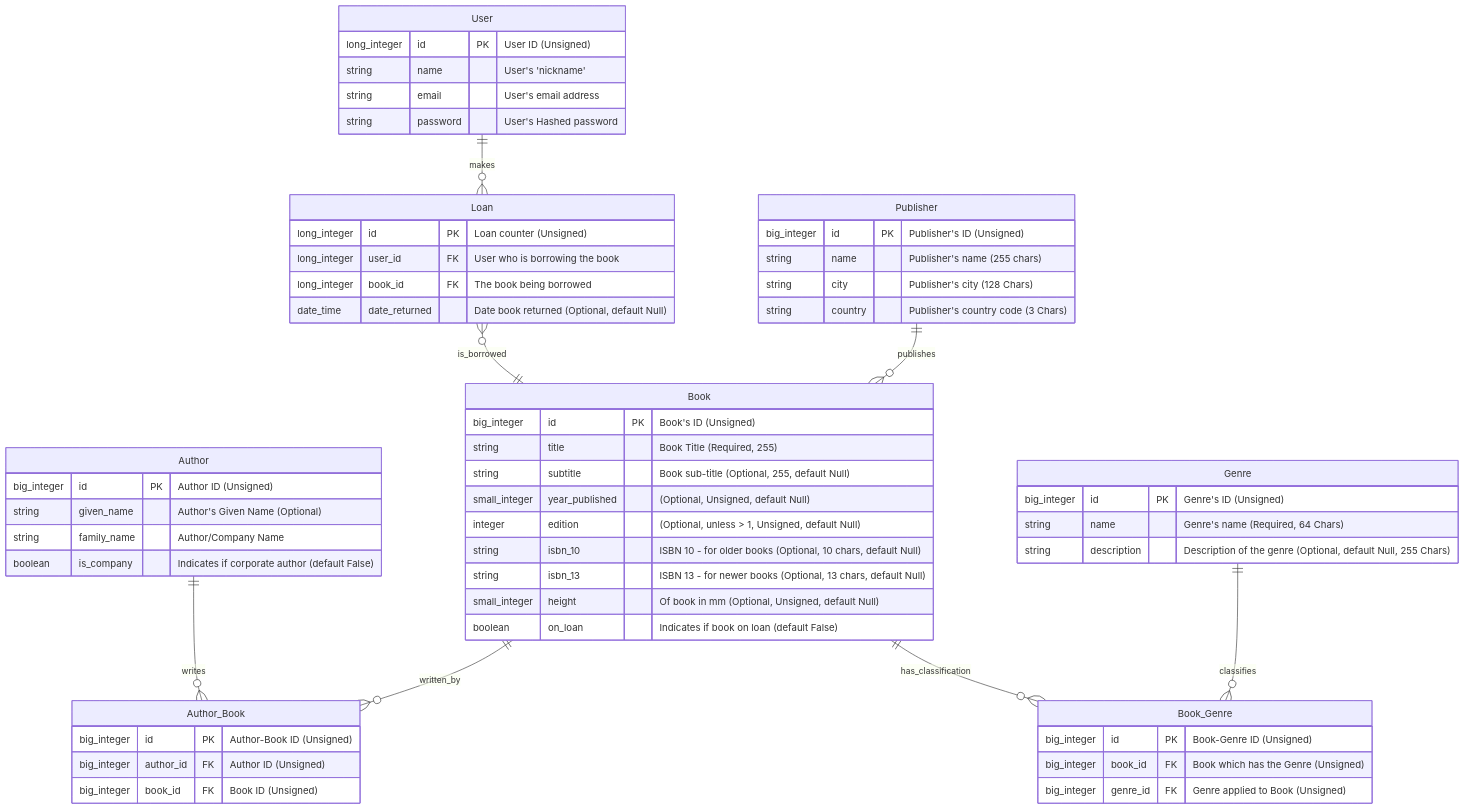
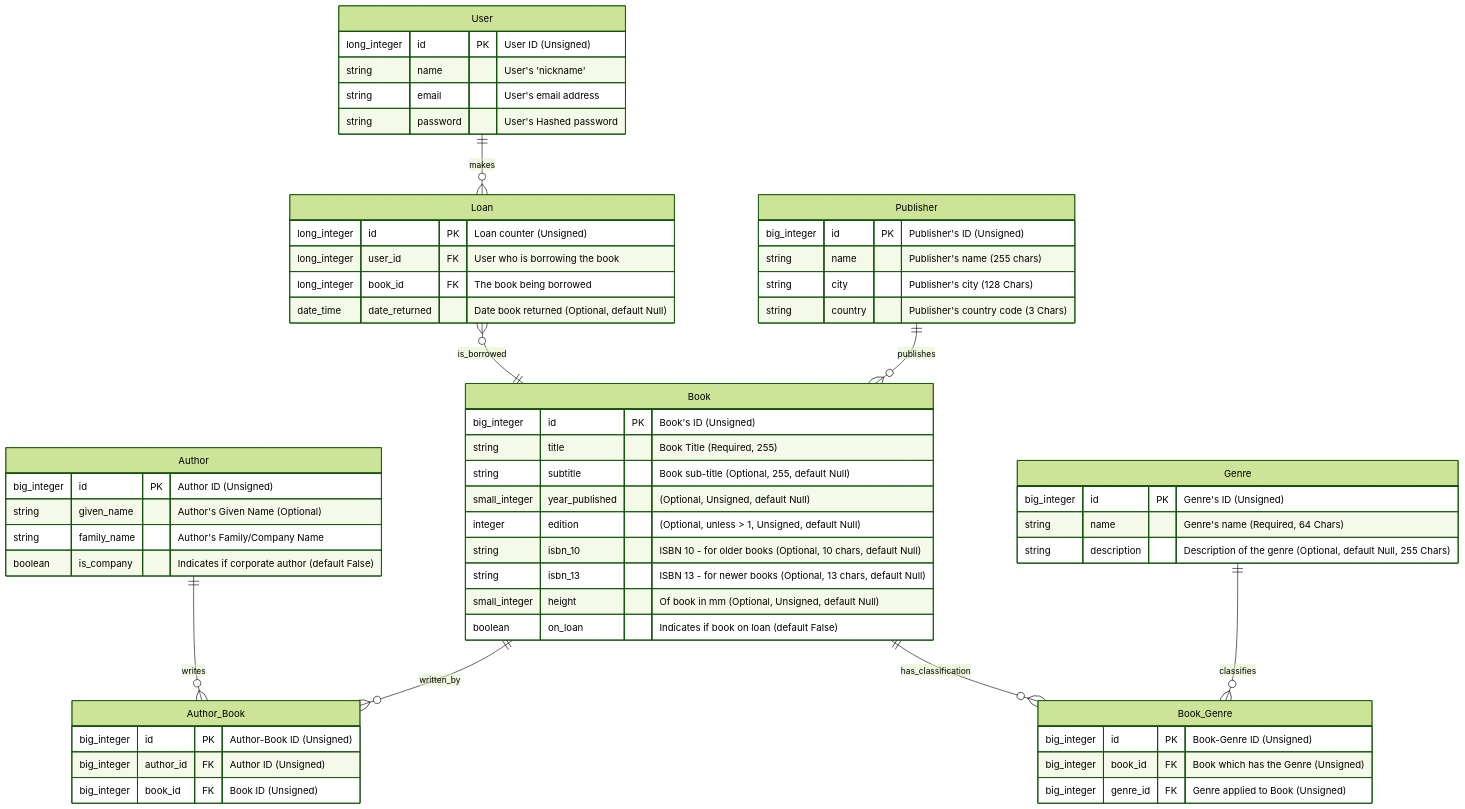
Before and after one commit to AdyGCode/ICT50120-SaaS-Library: the diagram in _docs/ReadMe-00-Library-ER.md, drawn with Mermaid.

Commit message:
docs: Library ER Diagram - ReadMe-00-Library-ER.md contains the most up to date ER Diagram for this application

````diff
--- a/_docs/ReadMe-00-Library-ER.md
+++ b/_docs/ReadMe-00-Library-ER.md
@@ -6,68 +6,70 @@
 ```mermaid
+%%{init: {'theme': 'forest'}}%%
+
 erDiagram
     Loan {
         long_integer id PK "Loan counter (Unsigned)"
         long_integer user_id FK "User who is borrowing the book"
         long_integer book_id FK "The book being borrowed"
         date_time date_returned "Date book returned (Optional, default Null)"
     }
 
     User {
         long_integer id PK "User ID (Unsigned)"
         string name "User's 'nickname'"
         string email "User's email address"
         string password "User's Hashed password"
     }
     
     Author{
         big_integer id PK "Author ID (Unsigned)"
         string given_name "Author's Given Name (Optional)"
-        string family_name "Author/Company Name"
+        string family_name "Author's Family/Company Name"
         boolean is_company "Indicates if corporate author (default False)"
     }
     
     Book{
         big_integer id PK "Book's ID (Unsigned)"
         string title "Book Title (Required, 255)"
         string subtitle "Book sub-title (Optional, 255, default Null)"
         small_integer year_published "(Optional, Unsigned, default Null)"
         integer edition "(Optional, unless > 1, Unsigned, default Null)"
         string isbn_10 "ISBN 10 - for older books (Optional, 10 chars, default Null)"
         string isbn_13 "ISBN 13 - for newer books (Optional, 13 chars, default Null)"
         small_integer height "Of book in mm (Optional, Unsigned, default Null)"
         boolean on_loan "Indicates if book on loan (default False)"
     }
     
     Publisher {
         big_integer id PK "Publisher's ID (Unsigned)"
         string name "Publisher's name (255 chars)"
         string city "Publisher's city (128 Chars)"
         string country "Publisher's country code (3 Chars)"
     }
 
     Genre {
         big_integer id PK "Genre's ID (Unsigned)"
         string name "Genre's name (Required, 64 Chars)"
         string description "Description of the genre (Optional, default Null, 255 Chars)"
     }
 
     Book_Genre {
         big_integer id PK "Book-Genre ID (Unsigned)"
         big_integer book_id FK "Book which has the Genre (Unsigned)"
         big_integer genre_id FK "Genre applied to Book (Unsigned)"
     }
         
     Author_Book {
         big_integer id PK "Author-Book ID (Unsigned)"         
         big_integer author_id FK "Author ID (Unsigned)" 
         big_integer book_id FK "Book ID (Unsigned)" 
     }
 
     Publisher ||--o{ Book : publishes       
     Book ||--o{ Book_Genre : has_classification
     Book ||--o{ Author_Book : written_by
     Loan }o--|| Book : is_borrowed
     Genre ||--o{ Book_Genre : classifies
     Author ||--o{ Author_Book : writes 
     User ||--o{ Loan : makes
 ```
````
